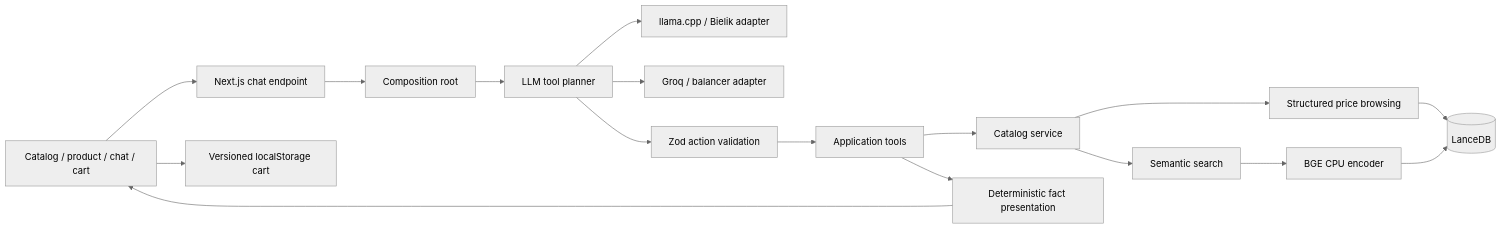
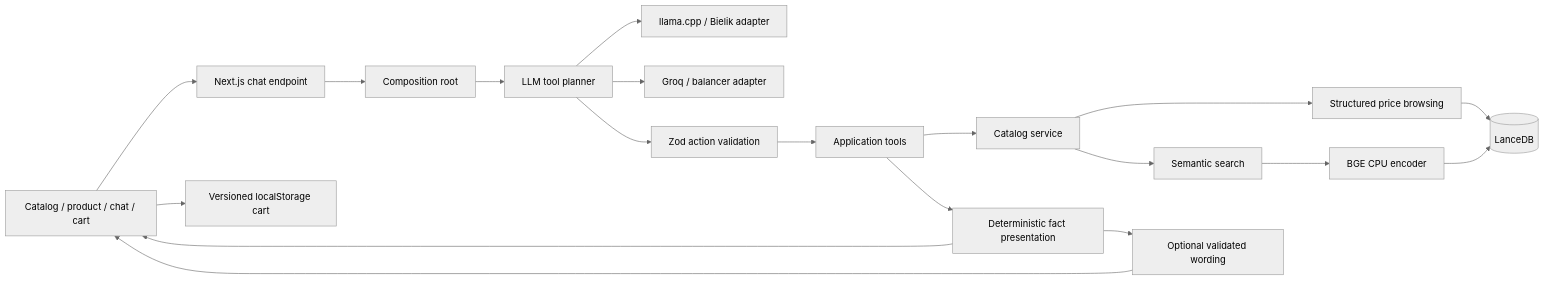
Before and after one commit to MichalSalek/ecommerce-agent-ai: the diagram in README.md, drawn with Mermaid (neutral theme). The commit also changed other lines of this file and 32 other files, not shown here.

````diff
--- a/README.md
+++ b/README.md
@@ -83,19 +83,21 @@
 ```mermaid
 flowchart LR
   Browser[Catalog / product / chat / cart] --> Route[Next.js chat endpoint]
   Route --> Composition[Composition root]
   Composition --> Planner[LLM tool planner]
   Planner --> Local[llama.cpp / Bielik adapter]
   Planner --> Cloud[Groq / balancer adapter]
   Planner --> Validation[Zod action validation]
   Validation --> Tools[Application tools]
   Tools --> Catalog[Catalog service]
   Catalog --> Browse[Structured price browsing]
   Catalog --> Search[Semantic search]
   Browse --> DB[(LanceDB)]
   Search --> Embeddings[BGE CPU encoder]
   Embeddings --> DB
   Tools --> Facts[Deterministic fact presentation]
   Facts --> Browser
+  Facts --> Wording[Optional validated wording]
+  Wording --> Browser
   Browser --> Storage[Versioned localStorage cart]
 ```
````
